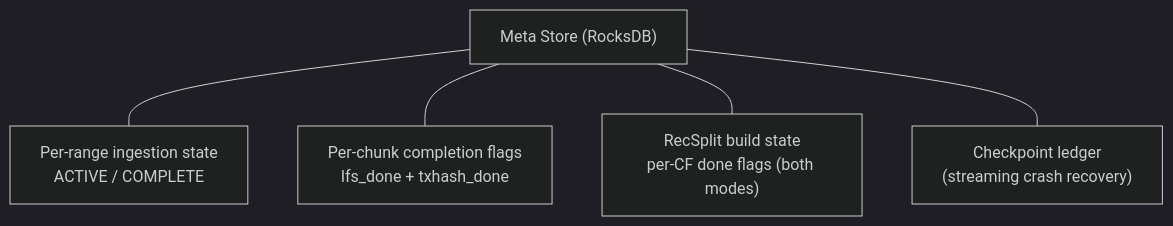
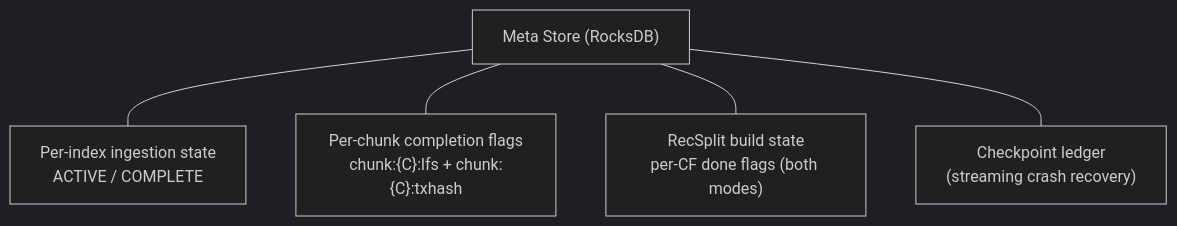
One commit to stellar/stellar-rpc changed the fourth of 12 diagrams in full-history/design-docs/01-architecture-overview.md. Above: the diagram before and after it, drawn with Mermaid (dark theme). The commit also changed other lines of this file and 17 other files, not shown here.

````diff
--- a/full-history/design-docs/01-architecture-overview.md
+++ b/full-history/design-docs/01-architecture-overview.md
@@ -69,8 +71,8 @@
 ```mermaid
 flowchart TD
     META["Meta Store (RocksDB)"]
-    META --- RANGE["Per-range ingestion state<br/>ACTIVE / COMPLETE"]
-    META --- CHUNK["Per-chunk completion flags<br/>lfs_done + txhash_done"]
+    META --- RANGE["Per-index ingestion state<br/>ACTIVE / COMPLETE"]
+    META --- CHUNK["Per-chunk completion flags<br/>chunk:{C}:lfs + chunk:{C}:txhash"]
     META --- RS["RecSplit build state<br/>per-CF done flags (both modes)"]
     META --- CP["Checkpoint ledger<br/>(streaming crash recovery)"]
 ```
````
